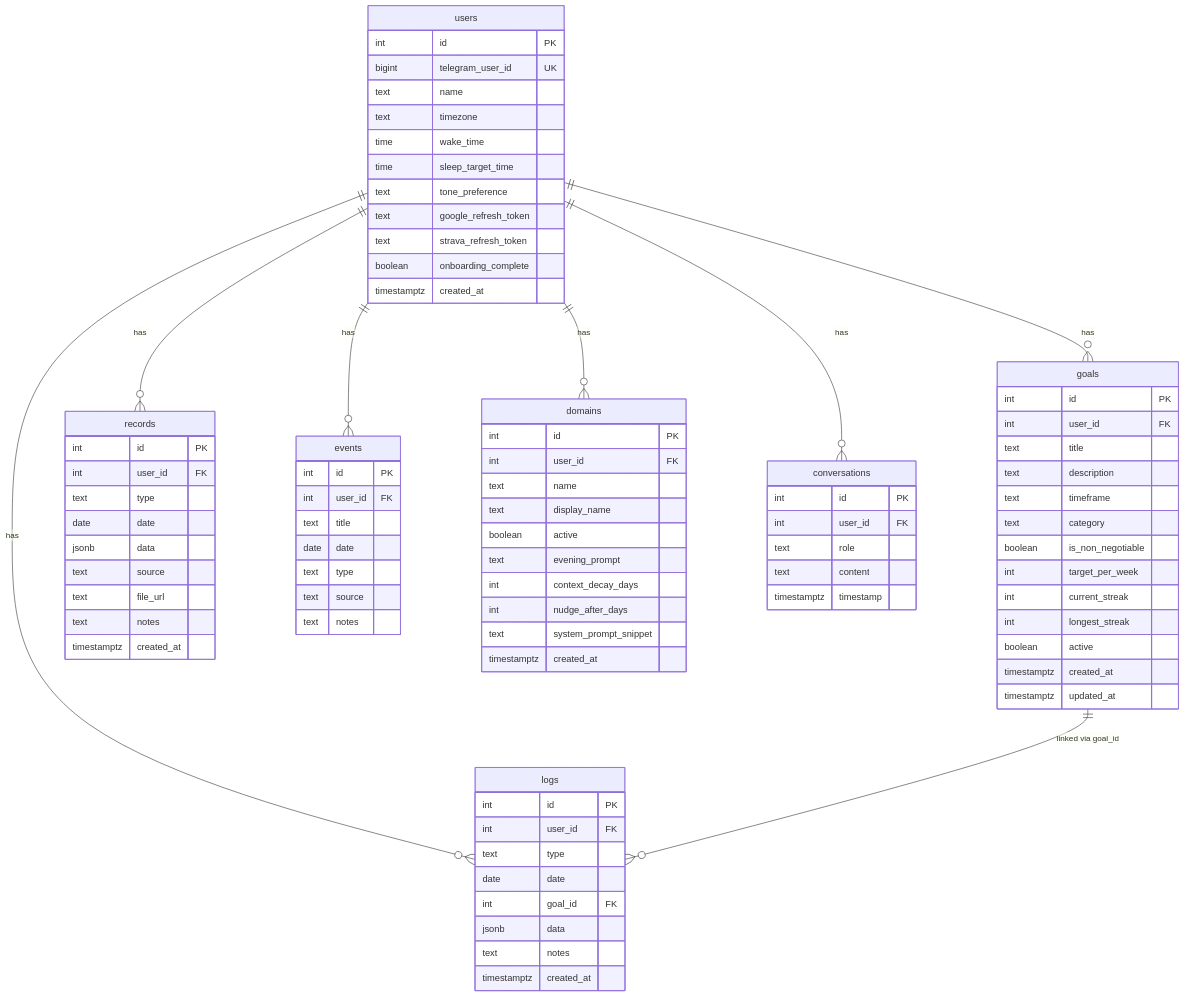
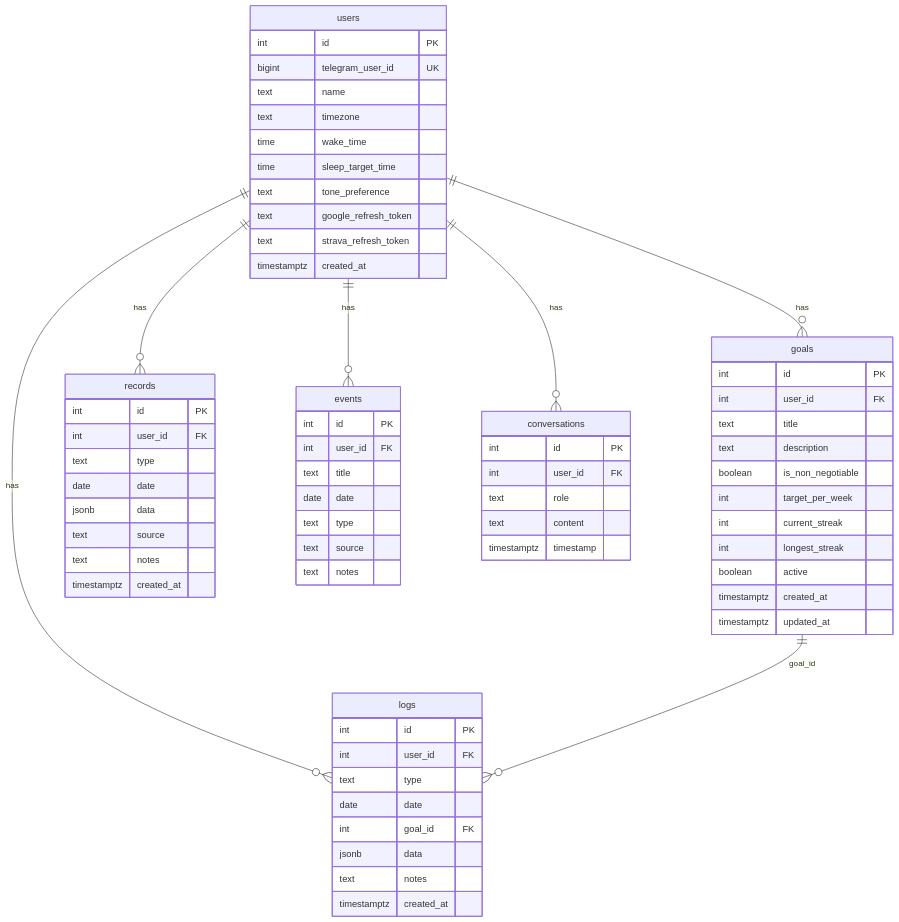
One commit to mlabib2/life-agent changed the fourth of 5 diagrams in ARCHITECTURE.md. Above: the diagram before and after it, drawn with Mermaid. The commit also changed other lines of this file and 1 other file, not shown here.

First line of the commit message:
docs: rewrite README and ARCHITECTURE for current implementation

````diff
--- a/ARCHITECTURE.md
+++ b/ARCHITECTURE.md
@@ -233,86 +183,69 @@
 ```mermaid
 erDiagram
     users {
-        int     id                      PK
-        bigint  telegram_user_id        UK
-        text    name
-        text    timezone
-        time    wake_time
-        time    sleep_target_time
-        text    tone_preference
-        text    google_refresh_token
-        text    strava_refresh_token
-        boolean onboarding_complete
+        int         id                  PK
+        bigint      telegram_user_id    UK
+        text        name
+        text        timezone
+        time        wake_time
+        time        sleep_target_time
+        text        tone_preference
+        text        google_refresh_token
+        text        strava_refresh_token
         timestamptz created_at
     }
 
     goals {
-        int     id                      PK
-        int     user_id                 FK
-        text    title
-        text    description
-        text    timeframe
-        text    category
-        boolean is_non_negotiable
-        int     target_per_week
-        int     current_streak
-        int     longest_streak
-        boolean active
+        int         id                  PK
+        int         user_id             FK
+        text        title
+        text        description
+        boolean     is_non_negotiable
+        int         target_per_week
+        int         current_streak
+        int         longest_streak
+        boolean     active
         timestamptz created_at
         timestamptz updated_at
     }
 
     logs {
-        int     id                      PK
-        int     user_id                 FK
-        text    type
-        date    date
-        int     goal_id                 FK
-        jsonb   data
-        text    notes
+        int         id                  PK
+        int         user_id             FK
+        text        type
+        date        date
+        int         goal_id             FK
+        jsonb       data
+        text        notes
         timestamptz created_at
     }
 
     records {
-        int     id                      PK
-        int     user_id                 FK
-        text    type
-        date    date
-        jsonb   data
-        text    source
-        text    file_url
-        text    notes
+        int         id                  PK
+        int         user_id             FK
+        text        type
+        date        date
+        jsonb       data
+        text        source
+        text        notes
         timestamptz created_at
     }
 
     events {
-        int     id                      PK
-        int     user_id                 FK
-        text    title
-        date    date
-        text    type
-        text    source
-        text    notes
-    }
-
-    domains {
-        int     id                      PK
-        int     user_id                 FK
-        text    name
-        text    display_name
-        boolean active
-        text    evening_prompt
-        int     context_decay_days
-        int     nudge_after_days
-        text    system_prompt_snippet
-        timestamptz created_at
+        int         id                  PK
+        int         user_id             FK
+        text        title
+        date        date
+        text        type
+        text        source
+        text        notes
     }
 
     conversations {
-        int     id                      PK
-        int     user_id                 FK
-        text    role
-        text    content
+        int         id                  PK
+        int         user_id             FK
+        text        role
+        text        content
         timestamptz timestamp
     }
 
@@ -320,7 +253,6 @@
     users ||--o{ logs          : "has"
     users ||--o{ records       : "has"
     users ||--o{ events        : "has"
-    users ||--o{ domains       : "has"
     users ||--o{ conversations : "has"
-    goals ||--o{ logs          : "linked via goal_id"
+    goals ||--o{ logs          : "goal_id"
 ```
````
